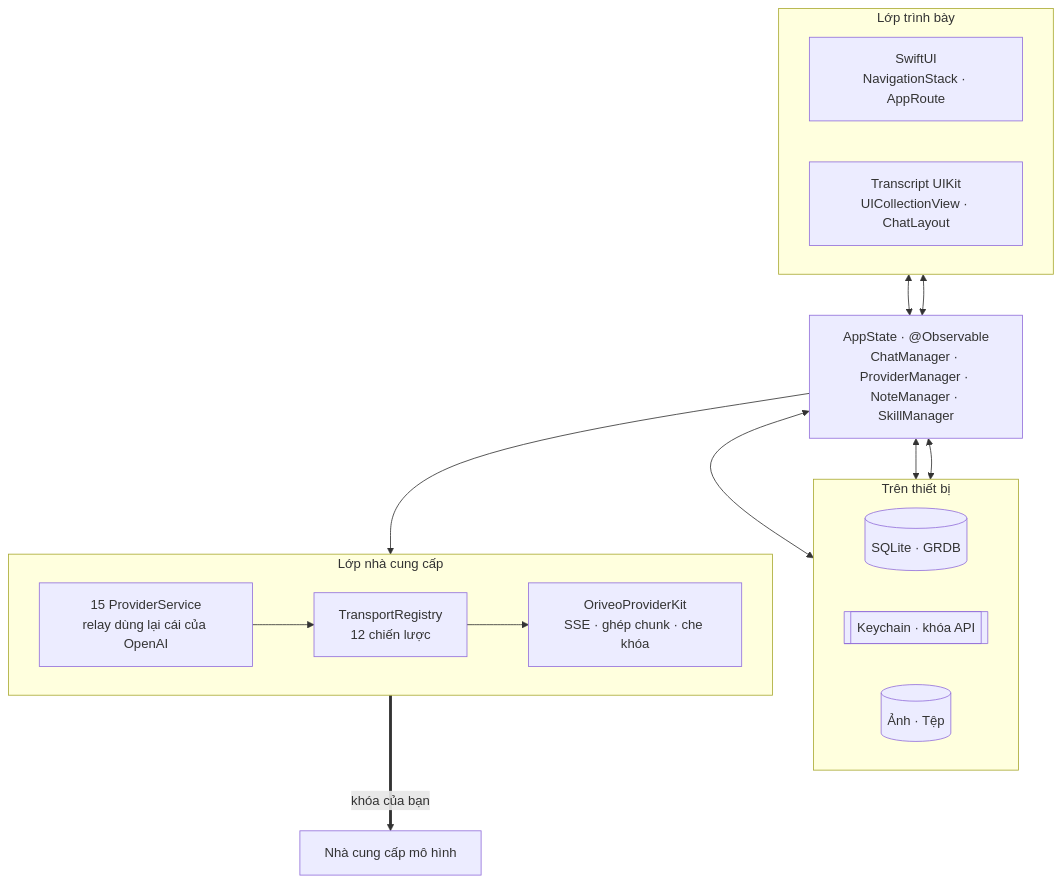
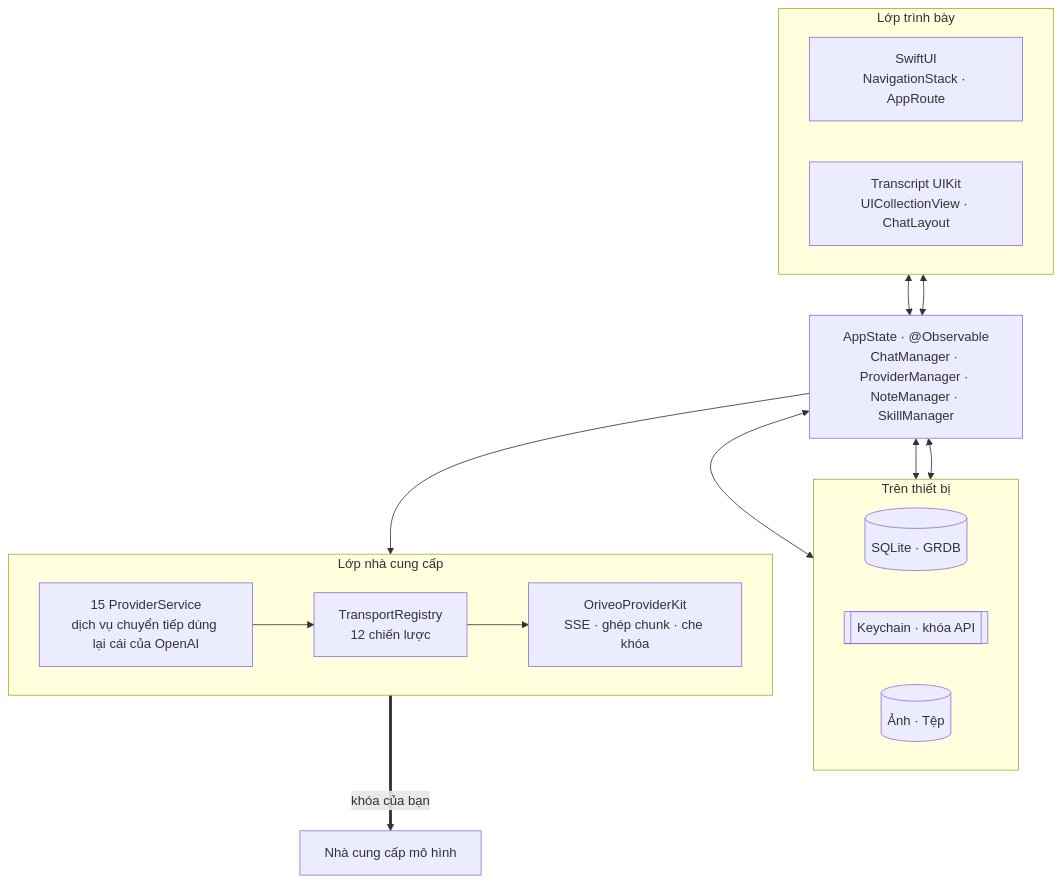
Before and after one commit to oriveo/oriveo: the first of 2 diagrams in readme_i18n/vi/ios.md, drawn with Mermaid. The commit also changed other lines of this file and 89 other files, not shown here.

````diff
--- a/readme_i18n/vi/ios.md
+++ b/readme_i18n/vi/ios.md
@@ -52,30 +52,30 @@
 ```mermaid
 flowchart TB
     subgraph ui ["Lớp trình bày"]
         direction LR
         swiftui["SwiftUI<br/>NavigationStack · AppRoute"]
         uikit["Transcript UIKit<br/>UICollectionView · ChatLayout"]
     end
 
     appstate["AppState · @Observable<br/>ChatManager · ProviderManager · NoteManager · SkillManager"]
 
     subgraph store ["Trên thiết bị"]
         direction LR
         grdb[("SQLite · GRDB")]
         keychain[["Keychain · khóa API"]]
         files[("Ảnh · Tệp")]
     end
 
     subgraph provider ["Lớp nhà cung cấp"]
         direction LR
-        services["15 ProviderService<br/>relay dùng lại cái của OpenAI"]
+        services["15 ProviderService<br/>dịch vụ chuyển tiếp dùng lại cái của OpenAI"]
         transports["TransportRegistry<br/>12 chiến lược"]
         kit["OriveoProviderKit<br/>SSE · ghép chunk · che khóa"]
     end
 
     swiftui & uikit <--> appstate
     appstate <--> grdb & keychain & files
     appstate --> services
     services --> transports --> kit
     kit ==>|"khóa của bạn"| up["Nhà cung cấp mô hình"]
 ```
````
